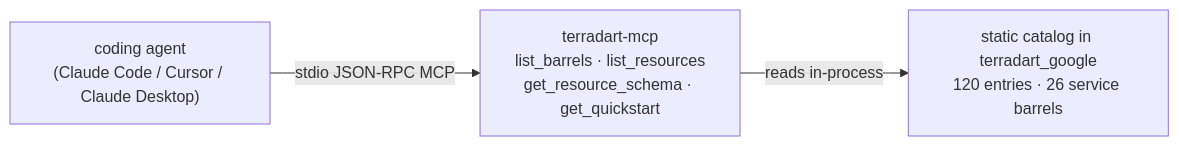
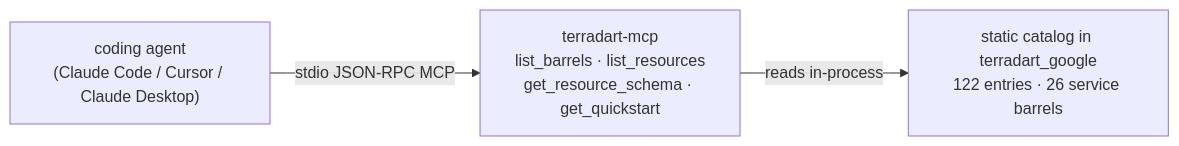
The diagram in website/src/content/docs/docs/agent/index.md (nozomi-koborinai/terradart), drawn with Mermaid before and after one commit. The commit also changed other lines of this file and 63 other files, not shown here.

````diff
--- a/website/src/content/docs/docs/agent/index.md
+++ b/website/src/content/docs/docs/agent/index.md
@@ -12,8 +12,8 @@
 ```mermaid
 graph LR
   agent["coding agent<br/>(Claude Code / Cursor / Claude Desktop)"]
   mcp["terradart-mcp<br/>list_barrels · list_resources<br/>get_resource_schema · get_quickstart"]
-  catalog["static catalog in terradart_google<br/>120 entries · 26 service barrels"]
+  catalog["static catalog in terradart_google<br/>122 entries · 26 service barrels"]
   agent -->|stdio JSON-RPC MCP| mcp
   mcp -->|reads in-process| catalog
 ```
````
